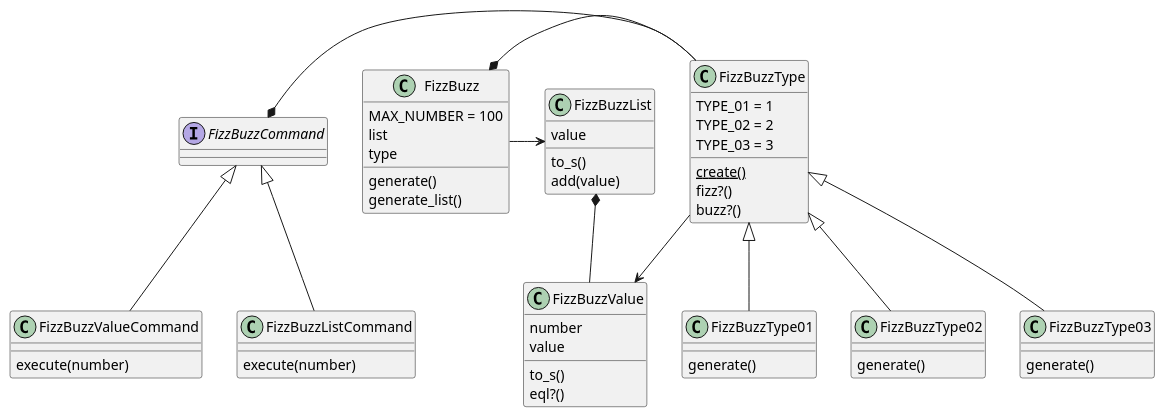
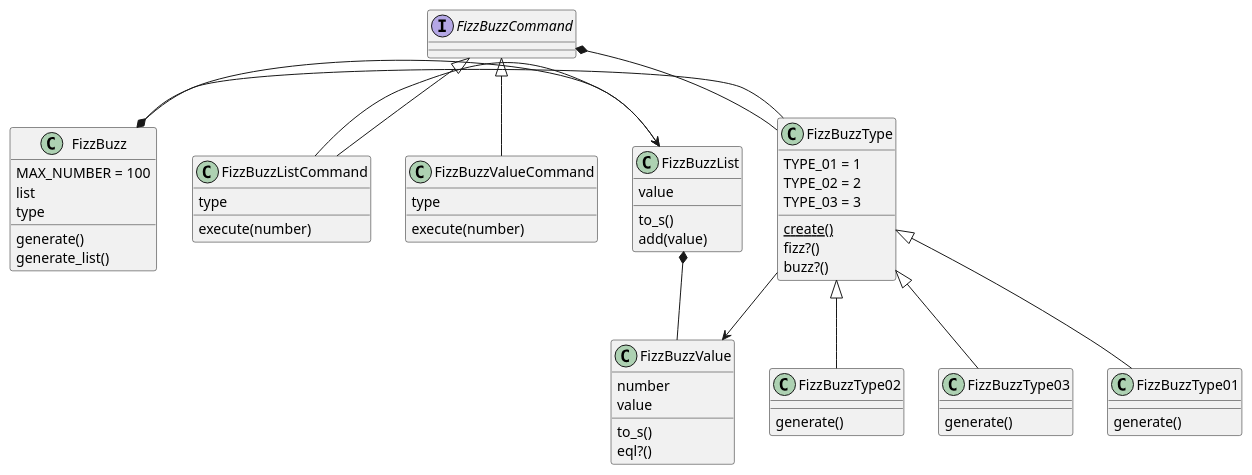
Diagram 26 of 40 in docs/src/article/episode_3.adoc (hiroshima-arc/tdd_rb), drawn with PlantUML before and after one commit. The commit also changed other lines of this file and 22 other files, not shown here.

```diff
--- a/docs/src/article/episode_3.adoc
+++ b/docs/src/article/episode_3.adoc
@@ -4029,56 +4031,59 @@
 [plantuml]
 ----
 class FizzBuzz {
     MAX_NUMBER = 100
     list
     type
     generate()
     generate_list()
 }
 class FizzBuzzType {
     TYPE_01 = 1
     TYPE_02 = 2
     TYPE_03 = 3
     {static} create()
     fizz?()
     buzz?()
 }
 class FizzBuzzType01 {
    generate()
 }
 class FizzBuzzType02 {
    generate()
 }
 class FizzBuzzType03 {
    generate()
 }
 class FizzBuzzValue {
    number
    value
    to_s()
    eql?()
 }
 class FizzBuzzList {
    value
    to_s()
    add(value)
 }
 Interface FizzBuzzCommand {
 }
 class FizzBuzzValueCommand {
+  type
   execute(number)
 }
 class FizzBuzzListCommand {
+  type
   execute(number)
 }
 FizzBuzzType <|-- FizzBuzzType01
 FizzBuzzType <|-- FizzBuzzType02
 FizzBuzzType <|-- FizzBuzzType03
 FizzBuzz *- FizzBuzzType
 FizzBuzzType -> FizzBuzzValue
 FizzBuzzList *-- FizzBuzzValue
 FizzBuzz -> FizzBuzzList
 FizzBuzzCommand <|-- FizzBuzzValueCommand
 FizzBuzzCommand <|-- FizzBuzzListCommand
 FizzBuzzCommand *- FizzBuzzType
+FizzBuzzListCommand -> FizzBuzzList
 ----
```
